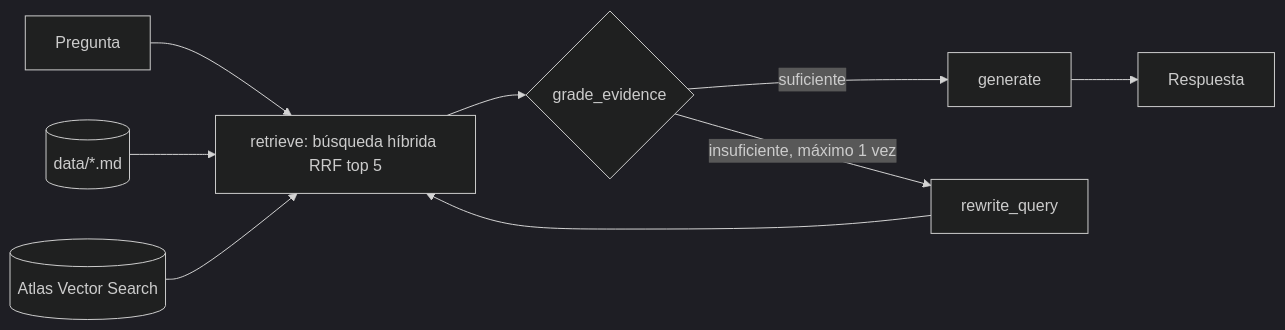
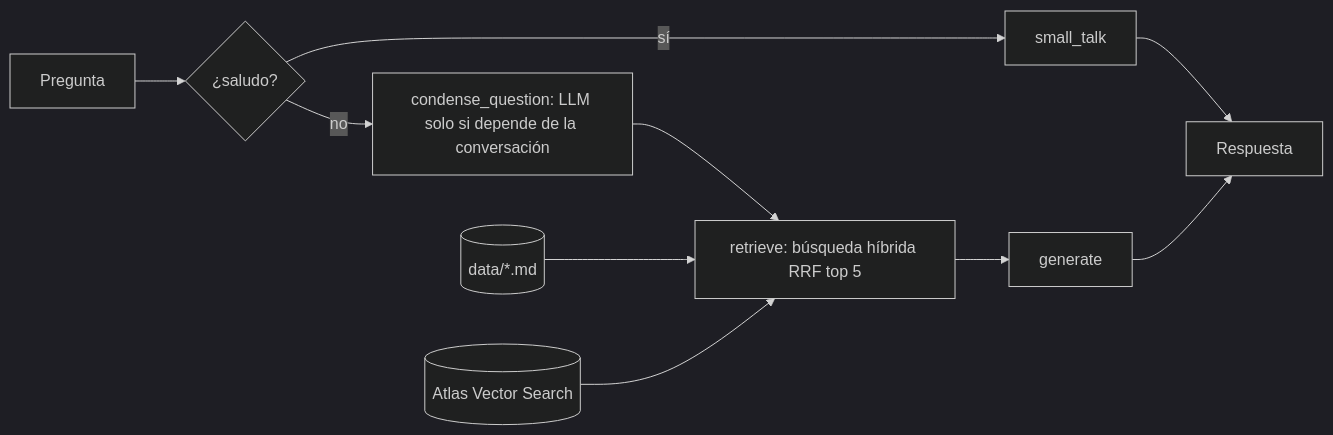
One commit to bak1-H/career-agent changed the diagram in README.md. Above: the diagram before and after it, drawn with Mermaid (dark theme). The commit also changed other lines of this file, not shown here.

````diff
--- a/README.md
+++ b/README.md
@@ -5,11 +5,11 @@
 ```mermaid
 flowchart LR
-    Q[Pregunta] --> R[retrieve: búsqueda híbrida RRF top 5]
+    Q[Pregunta] --> S{¿saludo?}
+    S -->|sí| ST[small_talk] --> A[Respuesta]
+    S -->|no| C[condense_question: LLM solo si depende de la conversación]
+    C --> R[retrieve: búsqueda híbrida RRF top 5]
     D[(data/*.md)] --> R
     V[(Atlas Vector Search)] --> R
-    R --> G{grade_evidence}
-    G -->|suficiente| GEN[generate]
-    G -->|insuficiente, máximo 1 vez| W[rewrite_query]
-    W --> R
-    GEN --> A[Respuesta]
+    R --> GEN[generate]
+    GEN --> A
 ```
````
